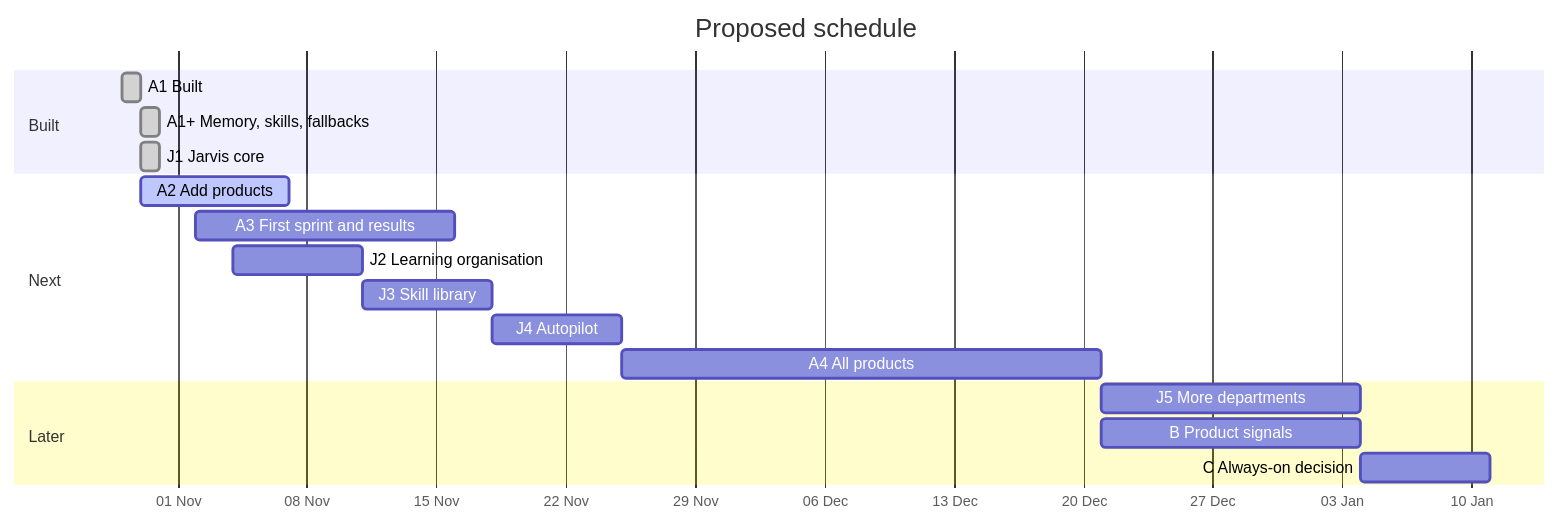
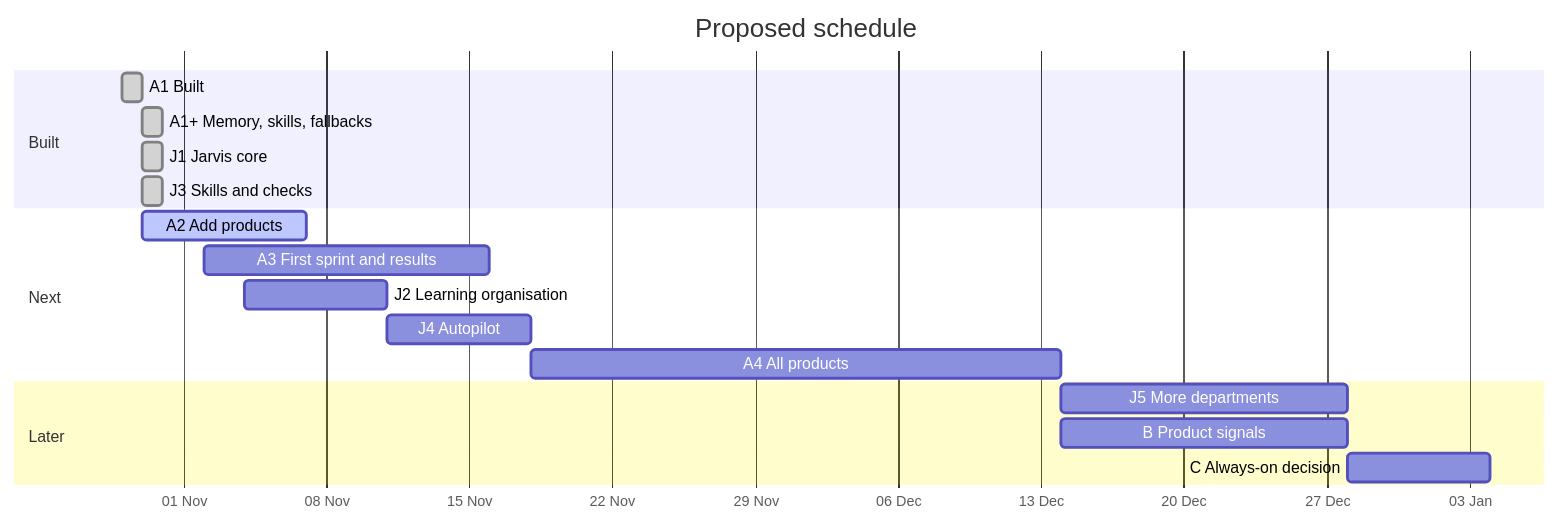
The diagram in docs/PLAN.md (Mohitclan/AGENTS-AGENTS-AND-AGENTS-), drawn with Mermaid before and after one commit. The commit also changed other lines of this file and 85 other files, not shown here.

First line of the commit message:
Add skill library, copy checks and lead gates; first live outreach test

````diff
--- a/docs/PLAN.md
+++ b/docs/PLAN.md
@@ -24,21 +24,21 @@
 ```mermaid
 gantt
   title Proposed schedule
   dateFormat YYYY-MM-DD
   axisFormat %d %b
   section Built
   A1 Built                      :done, a1, 2026-10-29, 1d
   A1+ Memory, skills, fallbacks :done, a1p, 2026-10-30, 1d
   J1 Jarvis core                :done, j1, 2026-10-30, 1d
+  J3 Skills and checks          :done, j3, 2026-10-30, 1d
   section Next
   A2 Add products               :active, a2, 2026-10-30, 8d
   A3 First sprint and results   :a3, 2026-11-02, 14d
   J2 Learning organisation      :j2, 2026-11-04, 7d
-  J3 Skill library              :j3, after j2, 7d
-  J4 Autopilot                  :j4, after j3, 7d
+  J4 Autopilot                  :j4, after j2, 7d
   A4 All products               :a4, after j4, 26d
   section Later
   J5 More departments           :j5, after a4, 14d
   B Product signals             :b, after a4, 14d
   C Always-on decision          :c, after b, 7d
 ```
````
